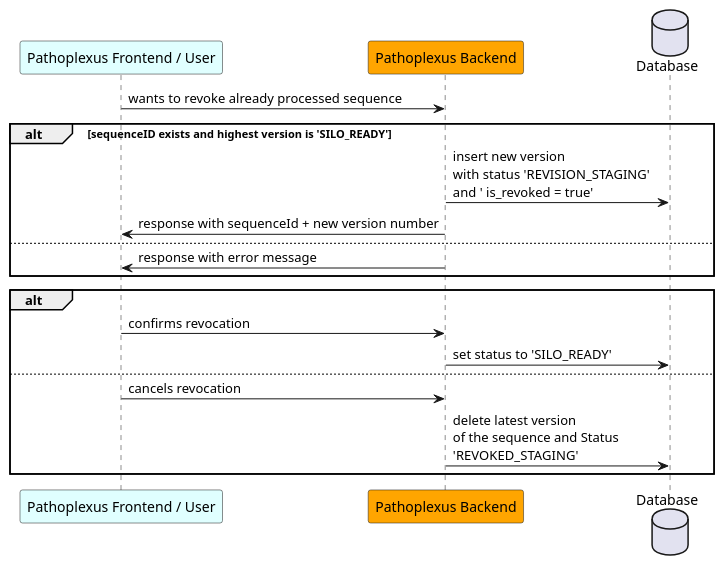
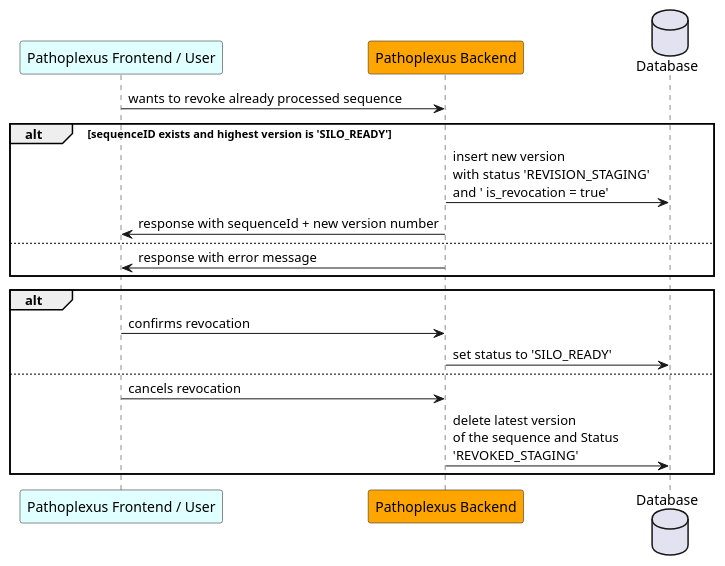
Before and after one commit to loculus-project/loculus: the diagram in backend/docs/plantuml/sequenceRevocation.puml, drawn with PlantUML. The commit also changed 9 other files, not shown here.

First line of the commit message:
feat(backend): rename column to is_revocation

```diff
--- a/backend/docs/plantuml/sequenceRevocation.puml
+++ b/backend/docs/plantuml/sequenceRevocation.puml
@@ -1,22 +1,22 @@
 @startuml
     participant "Pathoplexus Frontend / User" as frontend #LightCyan
     participant "Pathoplexus Backend" as backend #Orange
     database "Database" as DB
 
     frontend -> backend: wants to revoke already processed sequence
 
      alt sequenceID exists and highest version is 'SILO_READY'
-        backend -> DB: insert new version\nwith status 'REVISION_STAGING' \nand ' is_revoked = true'
+        backend -> DB: insert new version\nwith status 'REVISION_STAGING' \nand ' is_revocation = true'
     backend -> frontend: response with sequenceId + new version number
     else
         backend -> frontend: response with error message
     end
 
     alt
         frontend -> backend: confirms revocation
         backend -> DB: set status to 'SILO_READY'
     else
         frontend -> backend: cancels revocation
         backend -> DB: delete latest version \nof the sequence and Status \n'REVOKED_STAGING'
     end
 @enduml
```
